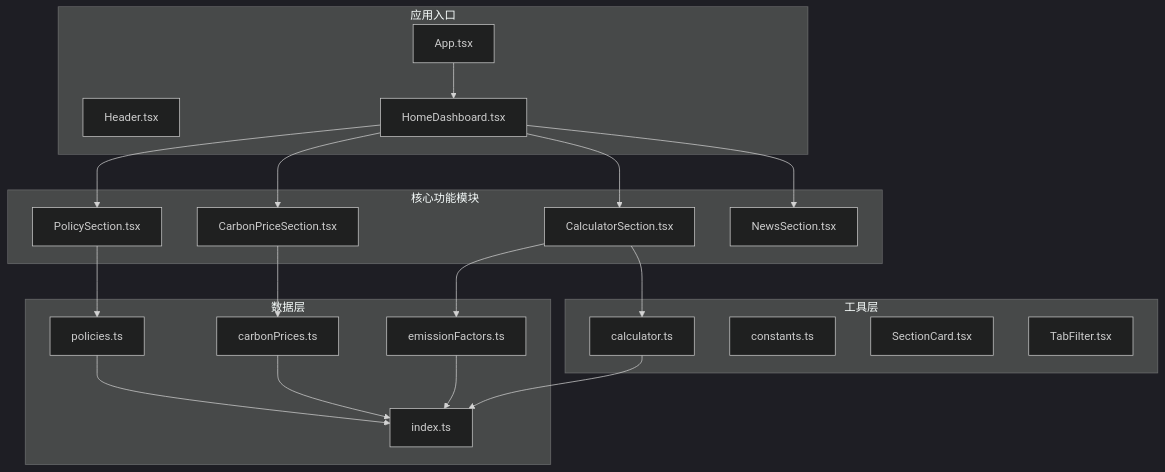
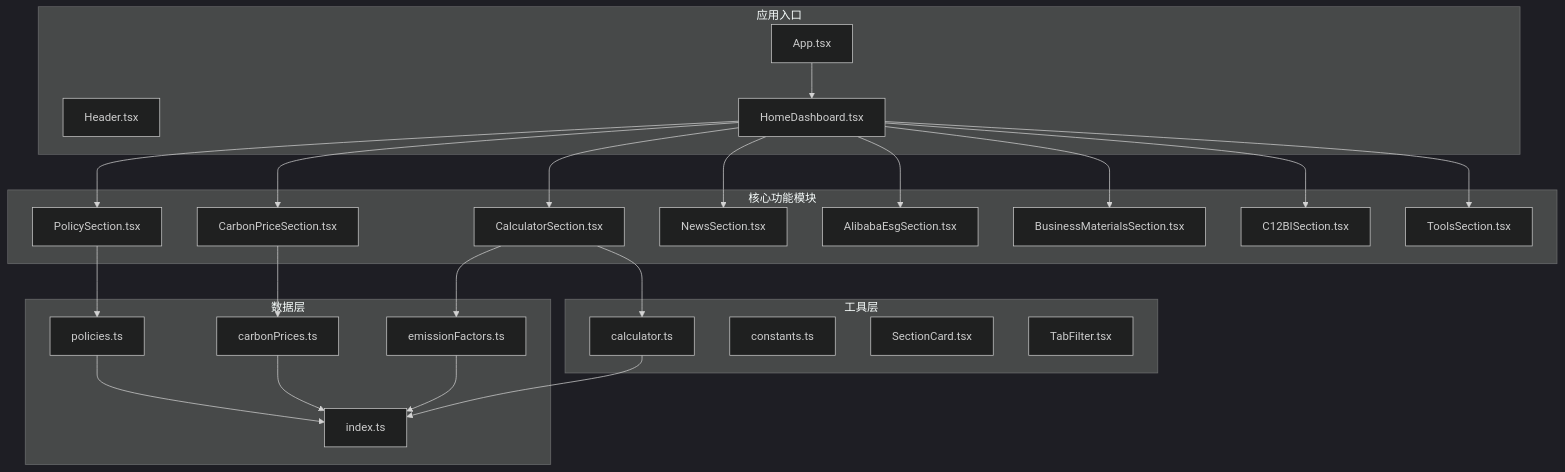
The first of 10 diagrams in .qoder/repowiki/zh/content/功能模块/阿里巴巴ESG模块.md (liangxuanliang-cmd/carbon-info-agent), drawn with Mermaid (dark theme) before and after one commit. The commit also changed other lines of this file and 33 other files, not shown here.

````diff
--- a/.qoder/repowiki/zh/content/功能模块/阿里巴巴ESG模块.md
+++ b/.qoder/repowiki/zh/content/功能模块/阿里巴巴ESG模块.md
@@ -53,39 +57,47 @@
 ```mermaid
 graph TB
 subgraph "应用入口"
 App[App.tsx]
 Header[Header.tsx]
 HomeDashboard[HomeDashboard.tsx]
 end
 subgraph "核心功能模块"
 Policy[PolicySection.tsx]
 Price[CarbonPriceSection.tsx]
 Calc[CalculatorSection.tsx]
 News[NewsSection.tsx]
+ESG[AlibabaEsgSection.tsx]
+Business[BusinessMaterialsSection.tsx]
+C12BI[C12BISection.tsx]
+Tools[ToolsSection.tsx]
 end
 subgraph "数据层"
 Policies[policies.ts]
 Prices[carbonPrices.ts]
 Methods[emissionFactors.ts]
 Types[index.ts]
 end
 subgraph "工具层"
 CalcUtils[calculator.ts]
 Constants[constants.ts]
 Card[SectionCard.tsx]
 Filter[TabFilter.tsx]
 end
 App --> HomeDashboard
 HomeDashboard --> Policy
 HomeDashboard --> Price
 HomeDashboard --> Calc
 HomeDashboard --> News
+HomeDashboard --> ESG
+HomeDashboard --> Business
+HomeDashboard --> C12BI
+HomeDashboard --> Tools
 Policy --> Policies
 Price --> Prices
 Calc --> Methods
 Calc --> CalcUtils
 Policies --> Types
 Prices --> Types
 Methods --> Types
 CalcUtils --> Types
 ```
````
